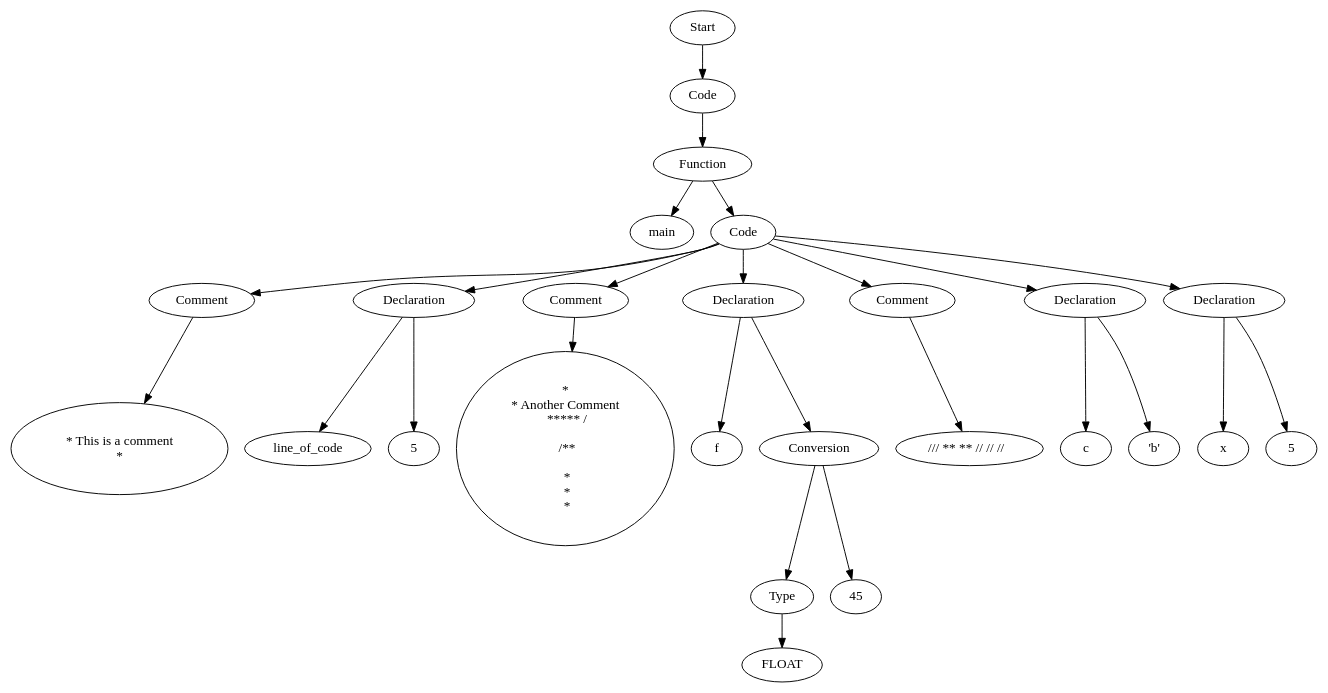
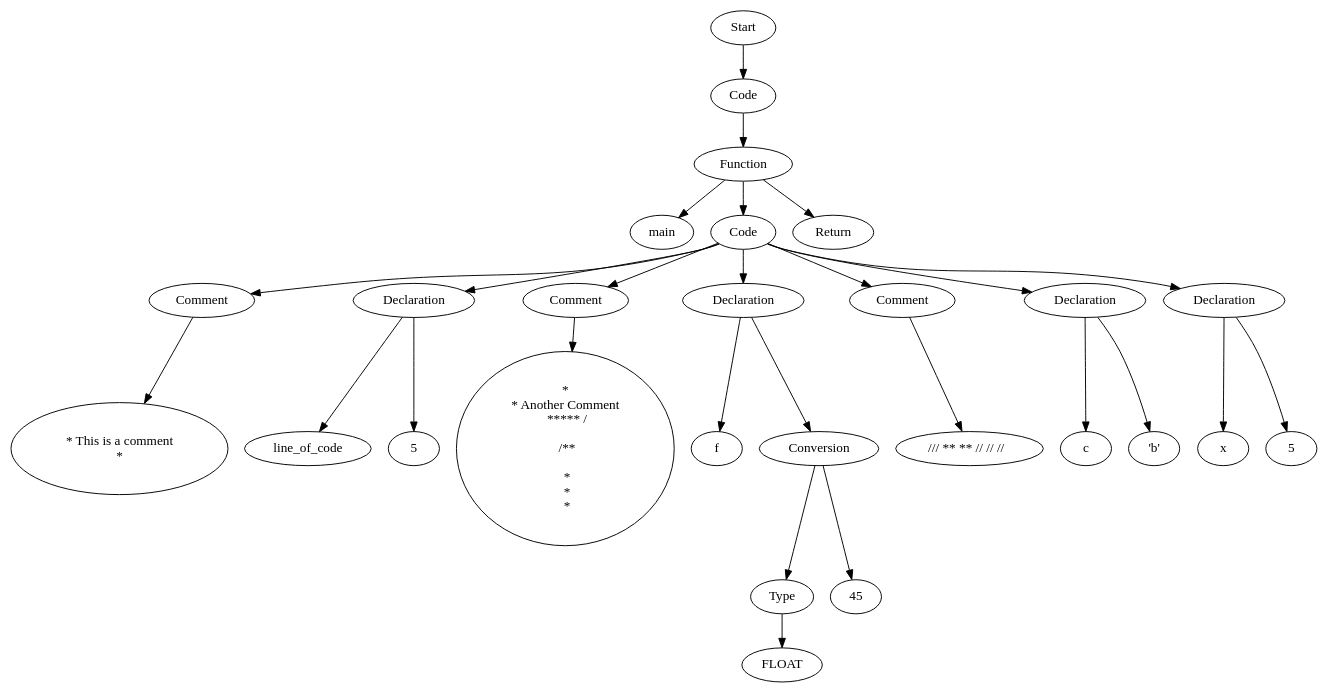
Before and after one commit to Are-you-listening/Compilers: the diagram in testfiles/basic_tests_123/proj3_man_pass_commentMultiLineASTVisual.dot, drawn with Graphviz. The commit also changed 101 other files, not shown here.

```diff
--- a/testfiles/basic_tests_123/proj3_man_pass_commentMultiLineASTVisual.dot
+++ b/testfiles/basic_tests_123/proj3_man_pass_commentMultiLineASTVisual.dot
@@ -1,64 +1,66 @@
 digraph AST {
-  "137497971078432" [label="Start"];
-  "137497971078432" -> "137497971078480";
-  "137497971078480" [label="Code"];
-  "137497971078480" -> "137497859511568";
-  "137497859511568" [label="Function"];
-  "137497859511568" -> "137497859518960";
-  "137497859511568" -> "137497859514880";
-  "137497859518960" [label="main"];
-  "137497859514880" [label="Code"];
-  "137497859514880" -> "137497859516992";
-  "137497859514880" -> "137497971515664";
-  "137497859514880" -> "137497971421776";
-  "137497859514880" -> "137497971417696";
-  "137497859514880" -> "137497971422976";
-  "137497859514880" -> "137497971423696";
-  "137497859514880" -> "137497971416976";
-  "137497859516992" [label="Comment"];
-  "137497859516992" -> "137497859789328";
-  "137497859789328" [label="
+  "128502761812752" [label="Start"];
+  "128502761812752" -> "128502761807616";
+  "128502761807616" [label="Code"];
+  "128502761807616" -> "128502761802480";
+  "128502761802480" [label="Function"];
+  "128502761802480" -> "128502761801328";
+  "128502761802480" -> "128502761801280";
+  "128502761802480" -> "128502761800992";
+  "128502761801328" [label="main"];
+  "128502761801280" [label="Code"];
+  "128502761801280" -> "128502761800560";
+  "128502761801280" -> "128502761808528";
+  "128502761801280" -> "128502761808768";
+  "128502761801280" -> "128502761814864";
+  "128502761801280" -> "128502761814960";
+  "128502761801280" -> "128502761802000";
+  "128502761801280" -> "128502761805072";
+  "128502761800560" [label="Comment"];
+  "128502761800560" -> "128502761808720";
+  "128502761808720" [label="
  * This is a comment
  *
  "];
-  "137497971515664" [label="Declaration"];
-  "137497971515664" -> "137497971423264";
-  "137497971515664" -> "137497971420144";
-  "137497971423264" [label="line_of_code"];
-  "137497971420144" [label="5"];
-  "137497971421776" [label="Comment"];
-  "137497971421776" -> "137497859792784";
-  "137497859792784" [label="*
+  "128502761808528" [label="Declaration"];
+  "128502761808528" -> "128502761808816";
+  "128502761808528" -> "128502761803584";
+  "128502761808816" [label="line_of_code"];
+  "128502761803584" [label="5"];
+  "128502761808768" [label="Comment"];
+  "128502761808768" -> "128502761813376";
+  "128502761813376" [label="*
  * Another Comment
   ***** /
 
   /**
 
   *
   *
   *"];
-  "137497971417696" [label="Declaration"];
-  "137497971417696" -> "137497971416112";
-  "137497971417696" -> "137497859506576";
-  "137497971416112" [label="f"];
-  "137497859506576" [label="Conversion"];
-  "137497859506576" -> "137497859508832";
-  "137497859506576" -> "137497971423552";
-  "137497859508832" [label="Type"];
-  "137497859508832" -> "137497859508352";
-  "137497859508352" [label="FLOAT"];
-  "137497971423552" [label="45"];
-  "137497971422976" [label="Comment"];
-  "137497971422976" -> "137497859800944";
-  "137497859800944" [label=" /// ** ** // // //  "];
-  "137497971423696" [label="Declaration"];
-  "137497971423696" -> "137497971418896";
-  "137497971423696" -> "137497971420576";
-  "137497971418896" [label="c"];
-  "137497971420576" [label="'b'"];
-  "137497971416976" [label="Declaration"];
-  "137497971416976" -> "137497859604144";
-  "137497971416976" -> "137497859790576";
-  "137497859604144" [label="x"];
-  "137497859790576" [label="5"];
+  "128502761814864" [label="Declaration"];
+  "128502761814864" -> "128502761800176";
+  "128502761814864" -> "128502761801808";
+  "128502761800176" [label="f"];
+  "128502761801808" [label="Conversion"];
+  "128502761801808" -> "128502761805024";
+  "128502761801808" -> "128502761802768";
+  "128502761805024" [label="Type"];
+  "128502761805024" -> "128502761811120";
+  "128502761811120" [label="FLOAT"];
+  "128502761802768" [label="45"];
+  "128502761814960" [label="Comment"];
+  "128502761814960" -> "128502761813472";
+  "128502761813472" [label=" /// ** ** // // //  "];
+  "128502761802000" [label="Declaration"];
+  "128502761802000" -> "128502761803872";
+  "128502761802000" -> "128502761810928";
+  "128502761803872" [label="c"];
+  "128502761810928" [label="'b'"];
+  "128502761805072" [label="Declaration"];
+  "128502761805072" -> "128502761805168";
+  "128502761805072" -> "128502761807328";
+  "128502761805168" [label="x"];
+  "128502761807328" [label="5"];
+  "128502761800992" [label="Return"];
 }
```
